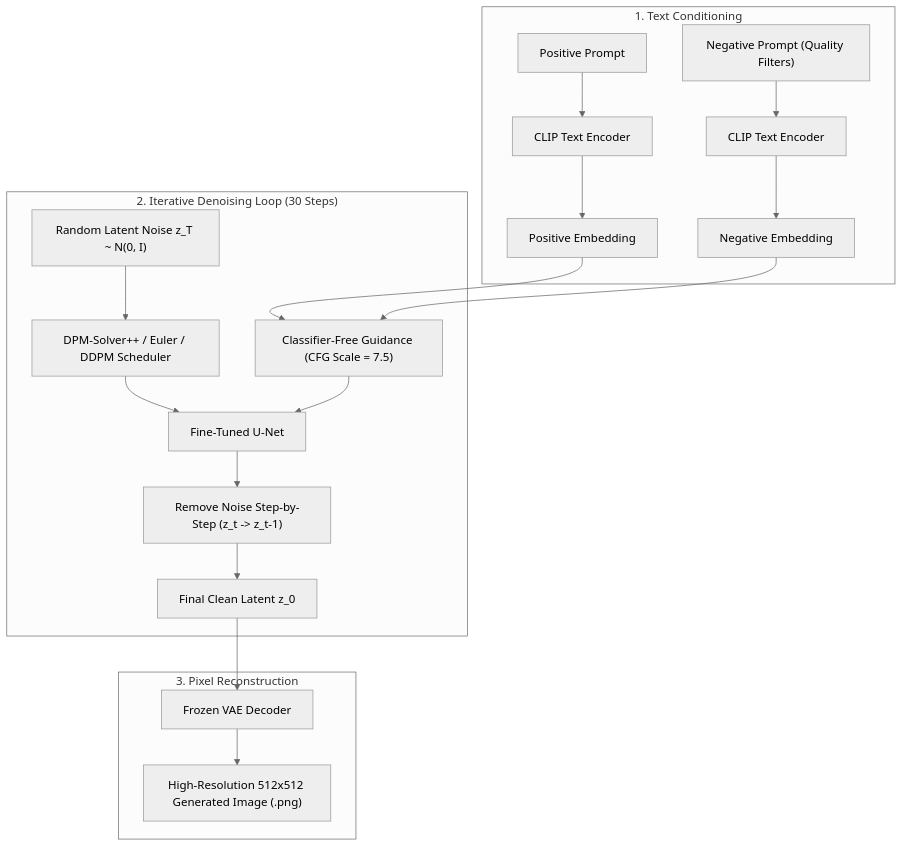
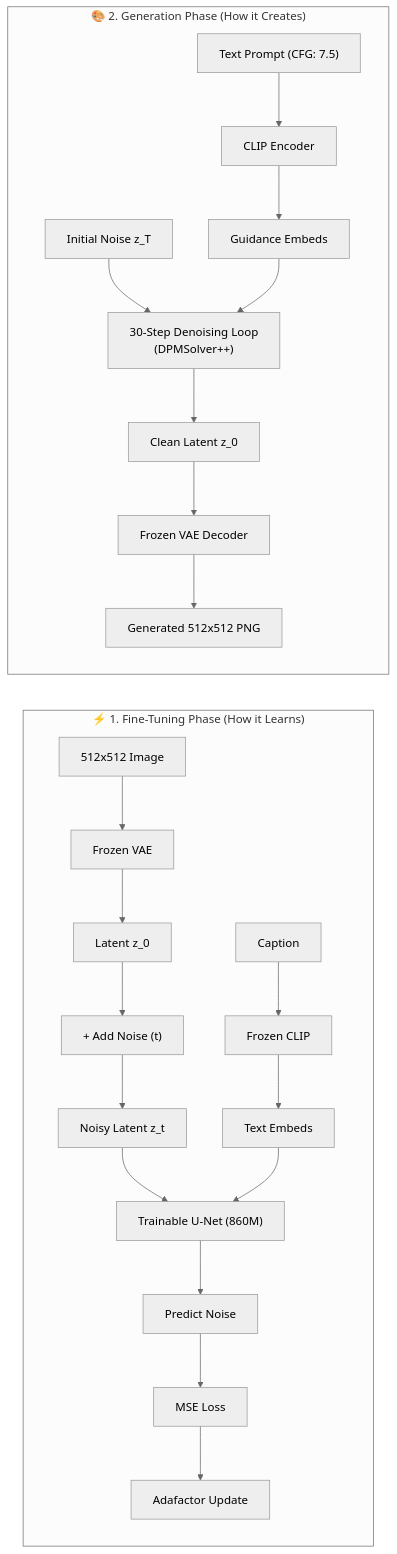
Before and after one commit to Bhuvankumar32085/Text-to-Image-Model-Training: the diagram in README.md, drawn with Mermaid (neutral theme). The commit also changed other lines of this file, not shown here.

Commit message:
Edit (Clear Architecture & Workflow) in Readme.md

````diff
--- a/README.md
+++ b/README.md
@@ -394,22 +321,18 @@
 ```mermaid
-flowchart TD
-    subgraph PromptEncoding ["1. Text Conditioning"]
-        Prompt["Positive Prompt"] --> CLIP_Pos["CLIP Text Encoder"] --> PosEmb["Positive Embedding"]
-        NegPrompt["Negative Prompt (Quality Filters)"] --> CLIP_Neg["CLIP Text Encoder"] --> NegEmb["Negative Embedding"]
+flowchart LR
+    subgraph Training ["⚡ 1. Fine-Tuning Phase (How it Learns)"]
+        direction TB
+        Img["512x512 Image"] --> VAE_E["Frozen VAE"] --> Latent["Latent z_0"]
+        Latent --> Noise["+ Add Noise (t)"] --> Noisy["Noisy Latent z_t"]
+        Text["Caption"] --> CLIP_T["Frozen CLIP"] --> Cond["Text Embeds"]
+        Noisy & Cond --> UNet_T["Trainable U-Net (860M)"]
+        UNet_T --> Pred["Predict Noise"] --> Loss["MSE Loss"] --> Opt["Adafactor Update"]
     end
 
-    subgraph DenoisingLoop ["2. Iterative Denoising Loop (30 Steps)"]
-        InitialNoise["Random Latent Noise z_T ~ N(0, I)"] --> Sampler["DPM-Solver++ / Euler / DDPM Scheduler"]
-        PosEmb --> CFG["Classifier-Free Guidance (CFG Scale = 7.5)"]
-        NegEmb --> CFG
-        Sampler --> UNet_Inf["Fine-Tuned U-Net"]
-        CFG --> UNet_Inf
-        UNet_Inf --> StepDown["Remove Noise Step-by-Step (z_t -> z_t-1)"]
-        StepDown --> CleanLatent["Final Clean Latent z_0"]
-    end
-
-    subgraph Decode ["3. Pixel Reconstruction"]
-        CleanLatent --> VAE_Dec["Frozen VAE Decoder"]
-        VAE_Dec --> OutputImg["High-Resolution 512x512 Generated Image (.png)"]
+    subgraph Inference ["🎨 2. Generation Phase (How it Creates)"]
+        direction TB
+        Prompt["Text Prompt (CFG: 7.5)"] --> CLIP_I["CLIP Encoder"] --> PromptsEmb["Guidance Embeds"]
+        RandNoise["Initial Noise z_T"] & PromptsEmb --> UNet_I["30-Step Denoising Loop\n(DPMSolver++)"]
+        UNet_I --> CleanLatent["Clean Latent z_0"] --> VAE_D["Frozen VAE Decoder"] --> FinalImg["Generated 512x512 PNG"]
     end
 ```
````
